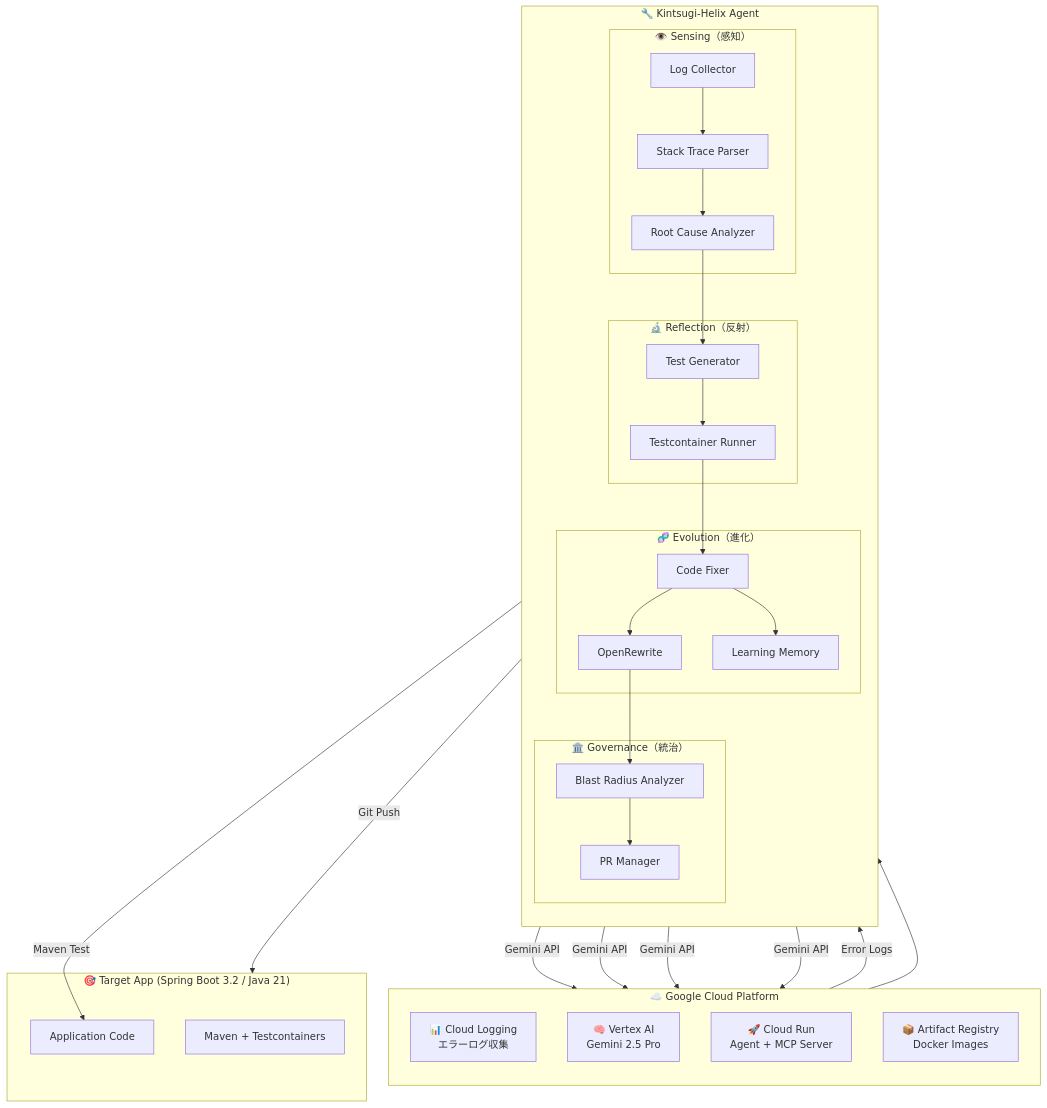
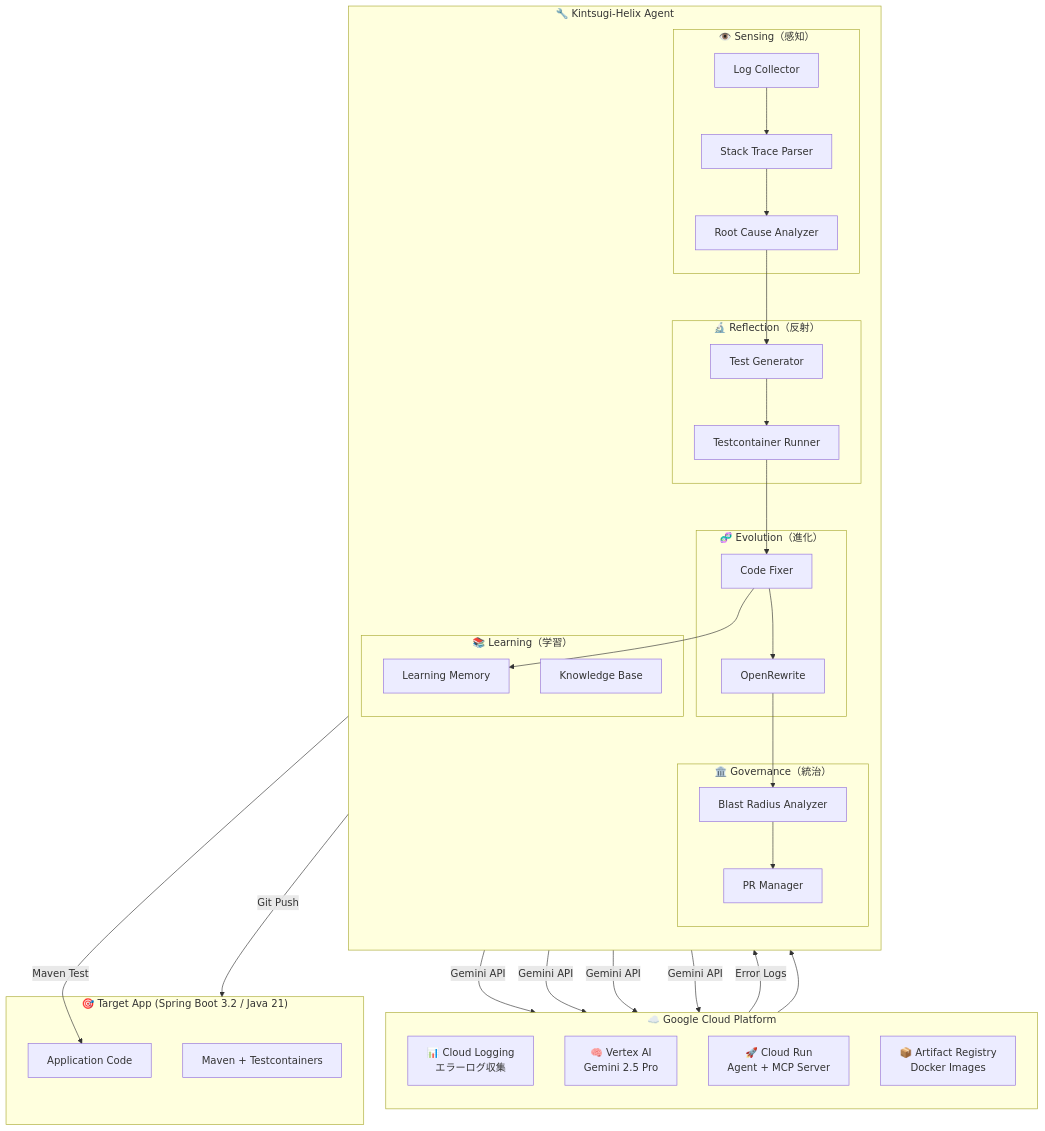
Before and after one commit to hatyibei/kintsugi-helix: the diagram in articles/hackathon-kintsugi-helix.md, drawn with Mermaid. The commit also changed other lines of this file, not shown here.

````diff
--- a/articles/hackathon-kintsugi-helix.md
+++ b/articles/hackathon-kintsugi-helix.md
@@ -32,55 +32,58 @@
 ```mermaid
 graph TB
     subgraph GCP["☁️ Google Cloud Platform"]
         direction TB
         CL["📊 Cloud Logging<br/>エラーログ収集"]
         VAI["🧠 Vertex AI<br/>Gemini 2.5 Pro"]
         CR["🚀 Cloud Run<br/>Agent + MCP Server"]
         AR["📦 Artifact Registry<br/>Docker Images"]
     end
 
     subgraph Agent["🔧 Kintsugi-Helix Agent"]
         direction TB
         subgraph S["👁️ Sensing（感知）"]
             LC["Log Collector"]
             RCA["Root Cause Analyzer"]
             STP["Stack Trace Parser"]
         end
         subgraph R["🔬 Reflection（反射）"]
             TG["Test Generator"]
             TCR["Testcontainer Runner"]
         end
         subgraph E["🧬 Evolution（進化）"]
             CF["Code Fixer"]
             OR["OpenRewrite"]
-            LM["Learning Memory"]
         end
         subgraph G["🏛️ Governance（統治）"]
             BR["Blast Radius Analyzer"]
             PM["PR Manager"]
+        end
+        subgraph L["📚 Learning（学習）"]
+            LM["Learning Memory"]
+            KB["Knowledge Base"]
         end
     end
 
     subgraph Target["🎯 Target App (Spring Boot 3.2 / Java 21)"]
         SA["Application Code"]
         MV["Maven + Testcontainers"]
     end
 
     CL -->|"Error Logs"| LC
     LC --> STP
     STP --> RCA
     RCA -->|"Gemini API"| VAI
     RCA --> TG
     TG -->|"Gemini API"| VAI
     TG --> TCR
     TCR -->|"Maven Test"| SA
     TCR --> CF
     CF -->|"Gemini API"| VAI
     CF --> OR
     OR --> BR
     BR -->|"Gemini API"| VAI
     BR --> PM
     CF --> LM
     PM -->|"Git Push"| Target
     CR --> Agent
 ```
````
